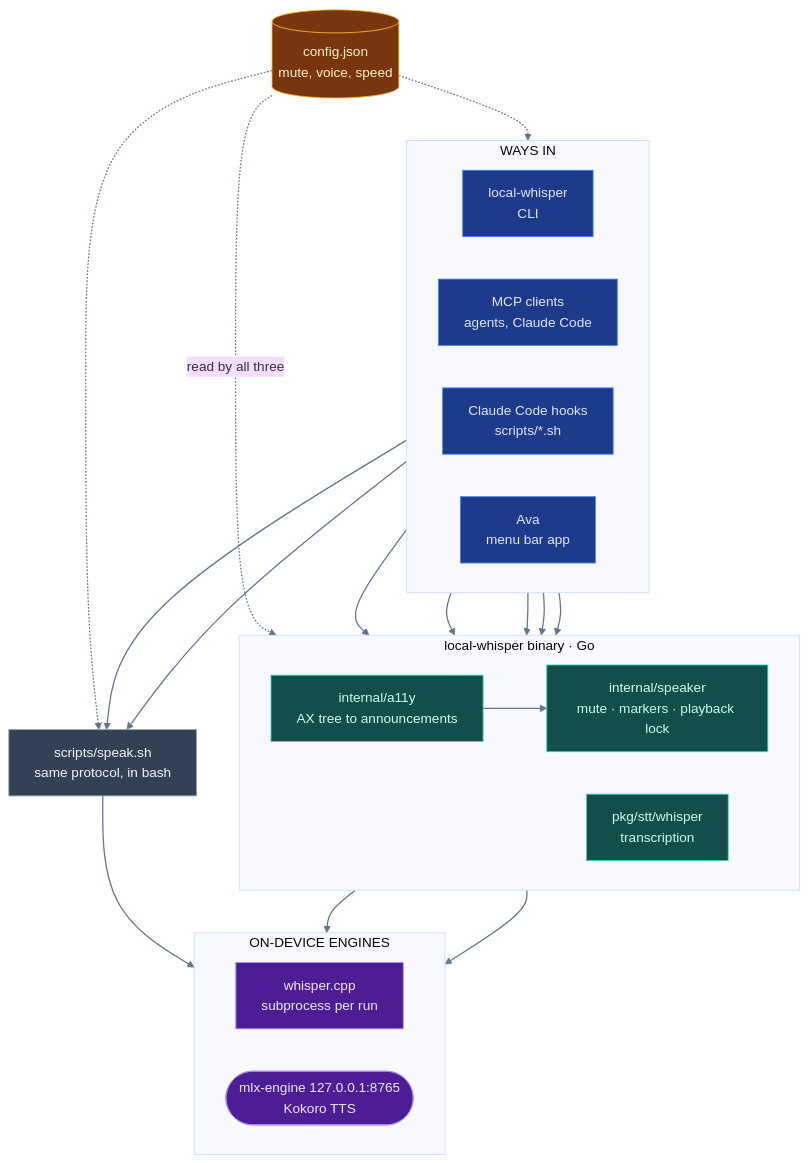
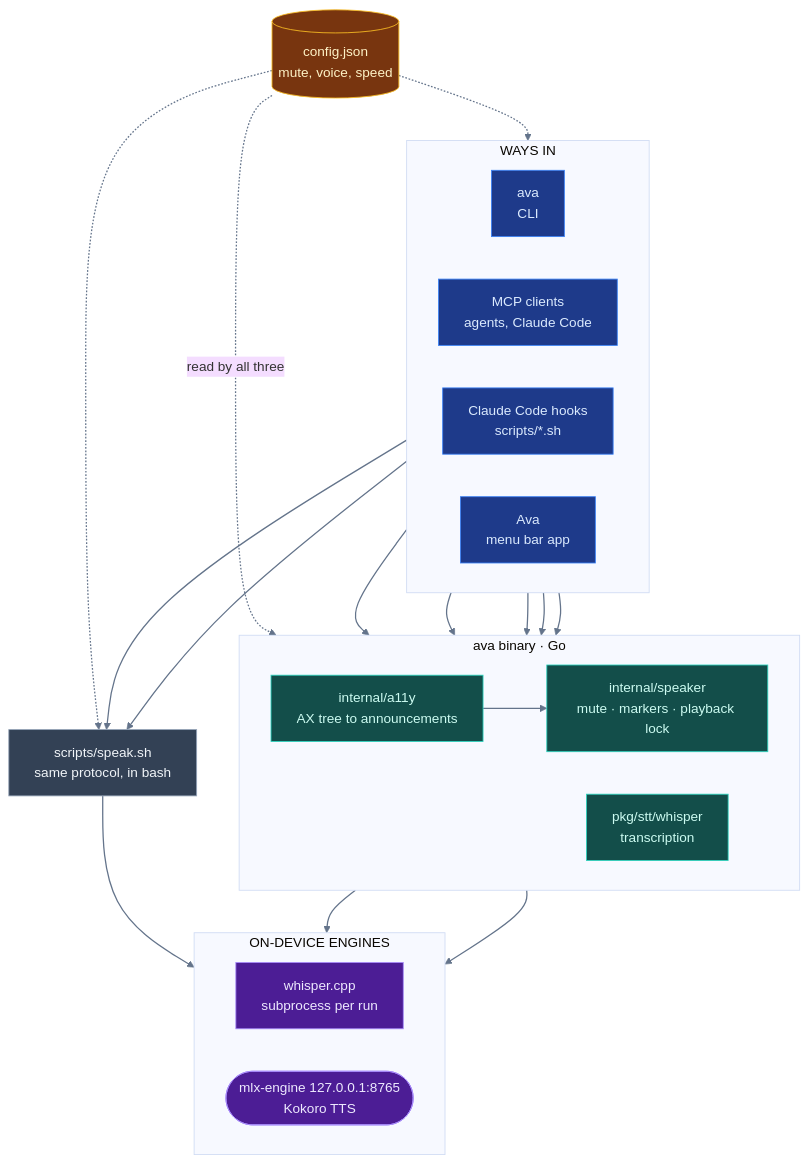
Before and after one commit to iksnerd/ava: the diagram in docs/architecture.md, drawn with Mermaid (base theme). The commit also changed other lines of this file and 109 other files, not shown here.

````diff
--- a/docs/architecture.md
+++ b/docs/architecture.md
@@ -7,56 +7,56 @@
 ```mermaid
 flowchart TB
     subgraph doors["WAYS IN"]
         direction LR
-        cli["local-whisper<br/>CLI"]
+        cli["ava<br/>CLI"]
         mcpc["MCP clients<br/>agents, Claude Code"]
         hooks["Claude Code hooks<br/>scripts/*.sh"]
         app["Ava<br/>menu bar app"]
     end
 
-    subgraph gobin["local-whisper binary · Go"]
+    subgraph gobin["ava binary · Go"]
         direction LR
         speaker["internal/speaker<br/>mute · markers · playback lock"]
         engsel["pkg/stt/whisper<br/>transcription"]
         a11y["internal/a11y<br/>AX tree to announcements"]
     end
 
     speaksh["scripts/speak.sh<br/>same protocol, in bash"]
     cfg[("config.json<br/>mute, voice, speed")]
 
     subgraph engines["ON-DEVICE ENGINES"]
         direction LR
         whispercpp["whisper.cpp<br/>subprocess per run"]
         mlx(["mlx-engine 127.0.0.1:8765<br/>Kokoro TTS"])
     end
 
     cli ==> speaker
     cli ==> engsel
     mcpc ==> speaker
     mcpc ==> engsel
     mcpc ==> a11y
     a11y ==> speaker
     hooks ==> speaksh
     app ==> speaksh
 
     speaker ==> mlx
     speaksh ==> mlx
     engsel ==> whispercpp
 
     cfg -. "read by all three" .-> speaker
     cfg -. " " .-> speaksh
     cfg -. " " .-> app
 
     classDef door fill:#1e3a8a,stroke:#3b82f6,color:#dbeafe;
     classDef go fill:#134e4a,stroke:#2dd4bf,color:#ccfbf1;
     classDef engine fill:#4c1d95,stroke:#a78bfa,color:#ede9fe;
     classDef store fill:#78350f,stroke:#fbbf24,color:#fef3c7;
     classDef shell fill:#334155,stroke:#94a3b8,color:#f1f5f9;
 
     class cli,mcpc,hooks,app door;
     class speaker,engsel,a11y go;
     class whispercpp,mlx engine;
     class cfg store;
     class speaksh shell;
     linkStyle default stroke:#64748b,stroke-width:1.5px;
 ```
````
